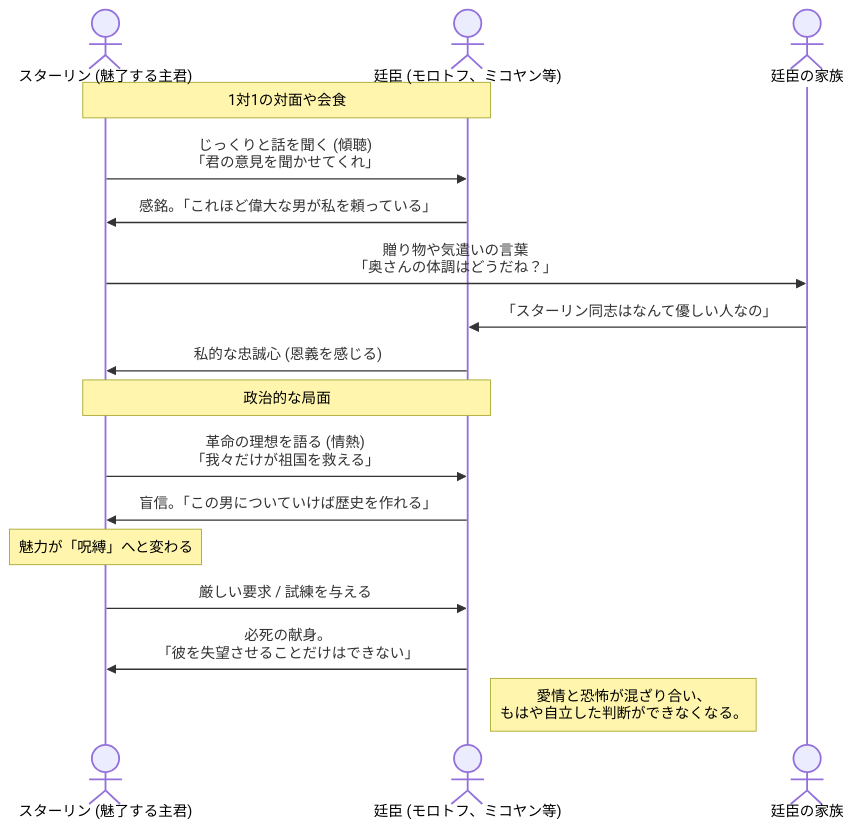
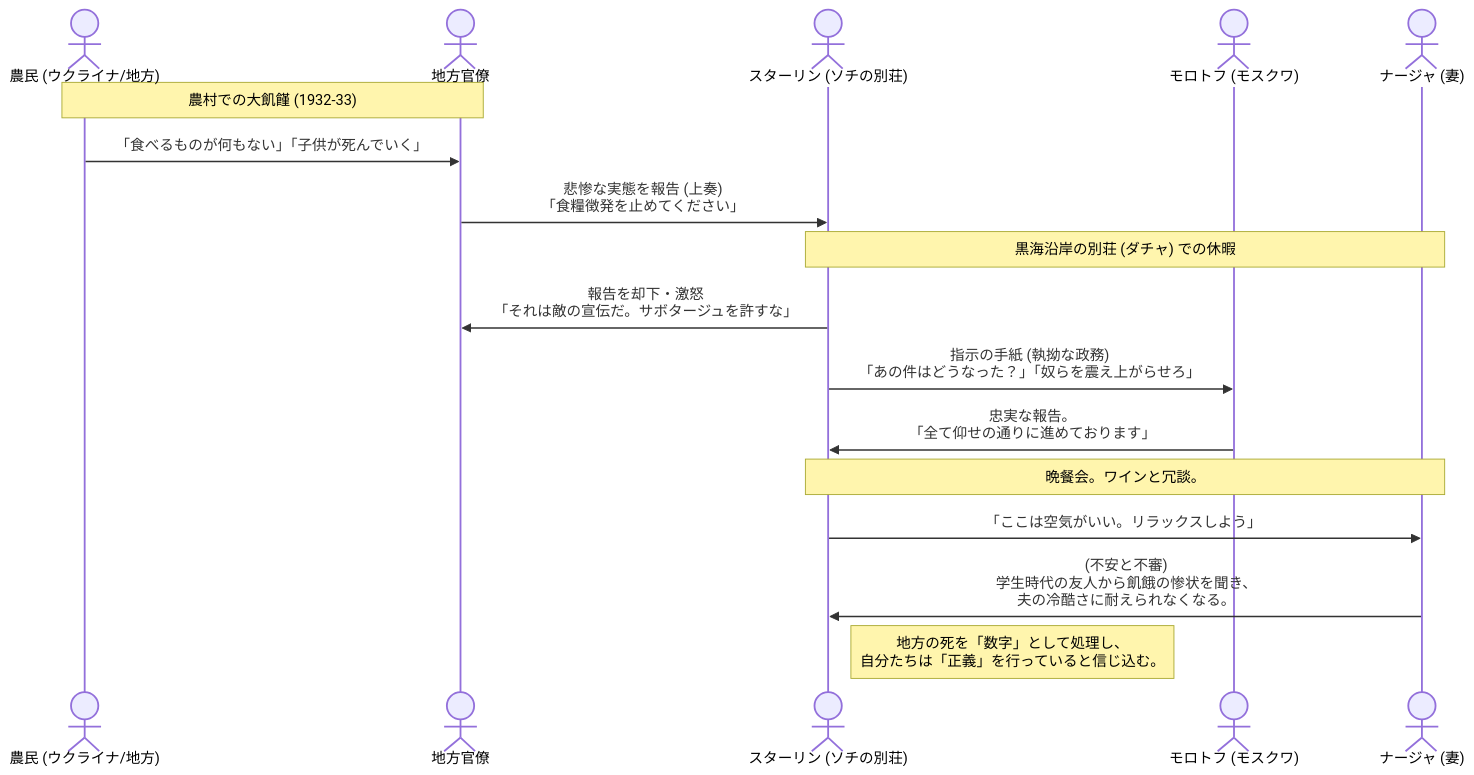
The diagram in 02_zettelkasten/21_domain/books/スターリン 赤い皇帝と廷臣たち/第4章 大飢饉と別荘暮らし.md (aokicreativeoffice/AokiCreativeOfficeGTD), drawn with Mermaid before and after one commit. The commit also changed other lines of this file and 1 other file, not shown here.

Commit message:
vault backup: 2026-03-26 14:03:12

````diff
--- a/02_zettelkasten/21_domain/books/スターリン 赤い皇帝と廷臣たち/第4章 大飢饉と別荘暮らし.md
+++ b/02_zettelkasten/21_domain/books/スターリン 赤い皇帝と廷臣たち/第4章 大飢饉と別荘暮らし.md
@@ -12,26 +12,26 @@
 ```mermaid
 sequenceDiagram
-    actor Stalin as スターリン (魅了する主君)
-    actor Courtier as 廷臣 (モロトフ、ミコヤン等)
-    actor Family as 廷臣の家族
+    actor Peasant as 農民 (ウクライナ/地方)
+    actor LocalOfficial as 地方官僚
+    actor Stalin as スターリン (ソチの別荘)
+    actor Molotov as モロトフ (モスクワ)
+    actor Nadya as ナージャ (妻)
 
-    Note over Stalin, Courtier: 1対1の対面や会食
+    Note over Peasant, LocalOfficial: 農村での大飢饉 (1932-33)
+    Peasant->>LocalOfficial: 「食べるものが何もない」「子供が死んでいく」
+    LocalOfficial->>Stalin: 悲惨な実態を報告 (上奏)<br/>「食糧徴発を止めてください」
+
+    Note over Stalin, Nadya: 黒海沿岸の別荘 (ダチャ) での休暇
+    Stalin->>LocalOfficial: 報告を却下・激怒<br/>「それは敵の宣伝だ。サボタージュを許すな」
     
-    Stalin->>Courtier: じっくりと話を聞く (傾聴)<br/>「君の意見を聞かせてくれ」
-    Courtier->>Stalin: 感銘。「これほど偉大な男が私を頼っている」
-    
-    Stalin->>Family: 贈り物や気遣いの言葉<br/>「奥さんの体調はどうだね？」
-    Family->>Courtier: 「スターリン同志はなんて優しい人なの」
-    Courtier->>Stalin: 私的な忠誠心 (恩義を感じる)
+    Stalin->>Molotov: 指示の手紙 (執拗な政務)<br/>「あの件はどうなった？」「奴らを震え上がらせろ」
+    Molotov->>Stalin: 忠実な報告。<br/>「全て仰せの通りに進めております」
 
-    Note over Stalin, Courtier: 政治的な局面
-    Stalin->>Courtier: 革命の理想を語る (情熱)<br/>「我々だけが祖国を救える」
-    Courtier->>Stalin: 盲信。「この男についていけば歴史を作れる」
+    Note over Stalin, Nadya: 晩餐会。ワインと冗談。
+    Stalin->>Nadya: 「ここは空気がいい。リラックスしよう」
+    Nadya->>Stalin: (不安と不審)<br/>学生時代の友人から飢餓の惨状を聞き、<br/>夫の冷酷さに耐えられなくなる。
 
-    Note over Stalin: 魅力が「呪縛」へと変わる
-    Stalin->>Courtier: 厳しい要求 / 試練を与える
-    Courtier->>Stalin: 必死の献身。<br/>「彼を失望させることだけはできない」
-    
-    Note right of Courtier: 愛情と恐怖が混ざり合い、<br/>もはや自立した判断ができなくなる。
+    Note right of Stalin: 地方の死を「数字」として処理し、<br/>自分たちは「正義」を行っていると信じ込む。
+
 
 ```
````
